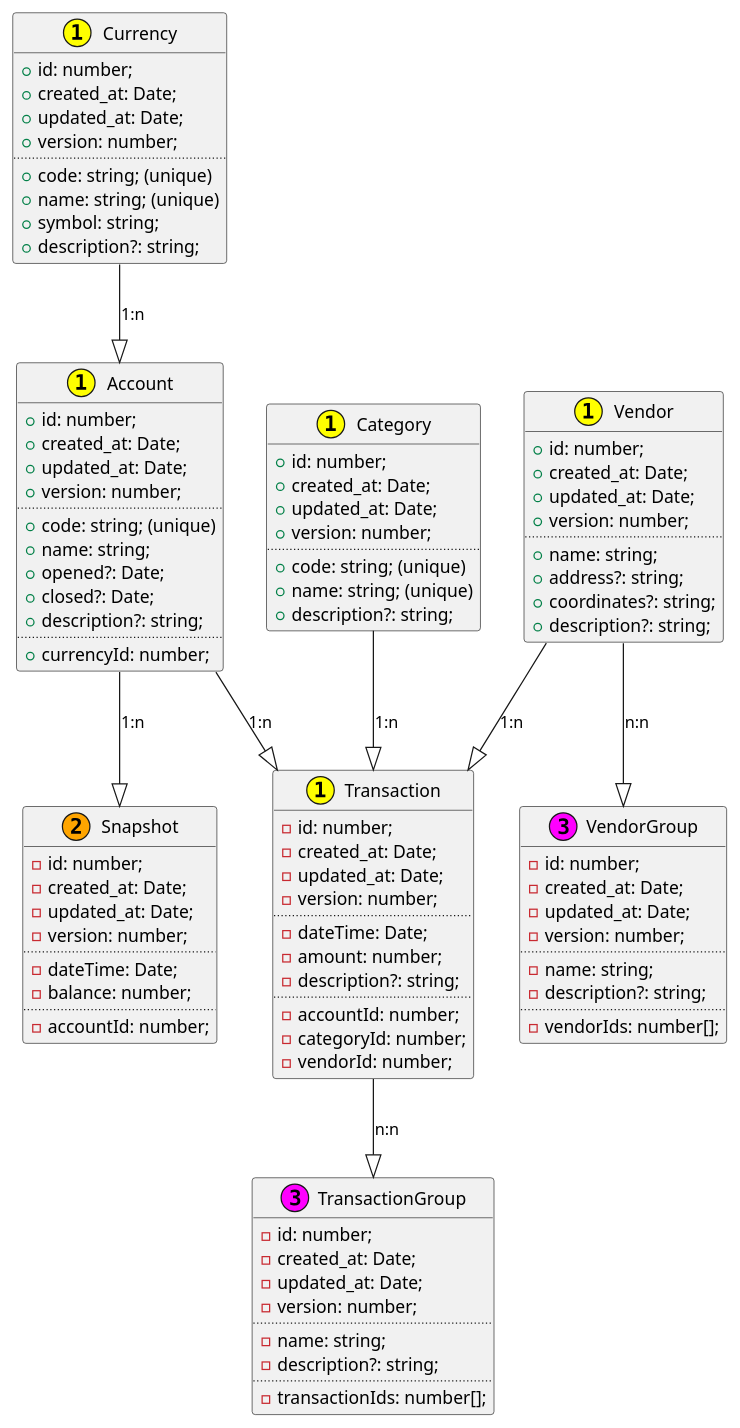
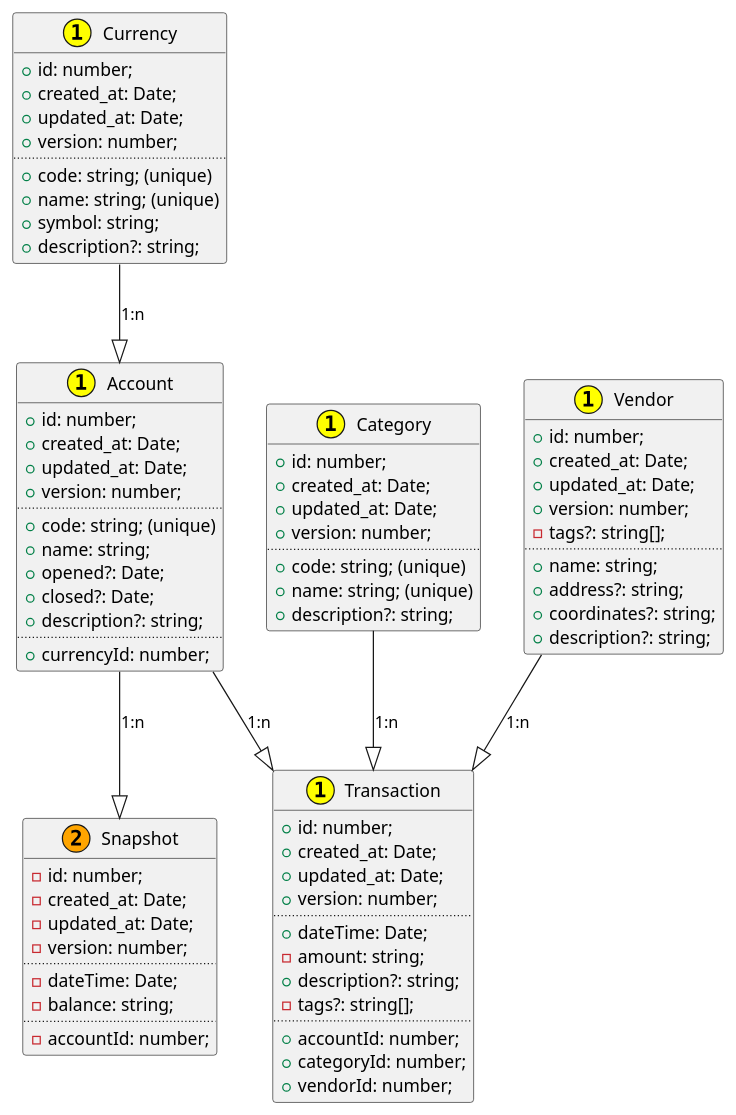
Before and after one commit to rahul-rakshit/shadow-badger: the diagram in README.md, drawn with PlantUML. The commit also changed other lines of this file, not shown here.

Commit message:
Update README for work left

````diff
--- a/README.md
+++ b/README.md
@@ -50,6 +50,7 @@
   {field} +created_at: Date;
   {field} +updated_at: Date;
   {field} +version: number;
+  {field} -tags?: string[];
   ..
   {field} +name: string;
   {field} +address?: string;
@@ -58,18 +59,19 @@
 }
 
 class Transaction << (1, yellow) >> {
-  {field} -id: number;
-  {field} -created_at: Date;
-  {field} -updated_at: Date;
-  {field} -version: number;
+  {field} +id: number;
+  {field} +created_at: Date;
+  {field} +updated_at: Date;
+  {field} +version: number;
   ..
-  {field} -dateTime: Date;
-  {field} -amount: number;
-  {field} -description?: string;
+  {field} +dateTime: Date;
+  {field} -amount: string;
+  {field} +description?: string;
+  {field} -tags?: string[];
   ..
-  {field} -accountId: number;
-  {field} -categoryId: number;
-  {field} -vendorId: number;
+  {field} +accountId: number;
+  {field} +categoryId: number;
+  {field} +vendorId: number;
 }
 
 class Snapshot << (2, orange )>> {
@@ -79,33 +81,9 @@
   {field} -version: number;
   ..
   {field} -dateTime: Date;
-  {field} -balance: number;
+  {field} -balance: string;
   ..
   {field} -accountId: number;
-}
-
-class VendorGroup << (3, fuchsia) >> {
-  {field} -id: number;
-  {field} -created_at: Date;
-  {field} -updated_at: Date;
-  {field} -version: number;
-  ..
-  {field} -name: string;
-  {field} -description?: string;
-  ..
-  {field} -vendorIds: number[];
-}
-
-class TransactionGroup << (3, fuchsia) >> {
-  {field} -id: number;
-  {field} -created_at: Date;
-  {field} -updated_at: Date;
-  {field} -version: number;
-  ..
-  {field} -name: string;
-  {field} -description?: string;
-  ..
-  {field} -transactionIds: number[];
 }
 
 Currency --|> Account: 1:n
@@ -113,6 +91,4 @@
 Category --|> Transaction: 1:n
 Vendor --|> Transaction: 1:n
 Account --|> Snapshot: 1:n
-Vendor --|> VendorGroup: n:n
-Transaction --|> TransactionGroup: n:n
 ```
````
